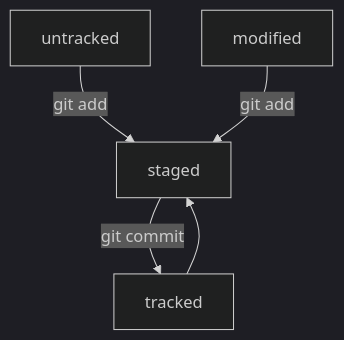
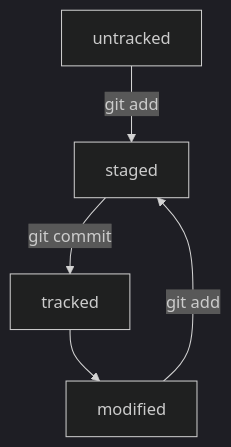
One commit to Natalijago/first-project changed the diagram in README.md. Above: the diagram before and after it, drawn with Mermaid (dark theme).

Commit message:
Исправить баг2 схемы mermaid с описанием статусов сменить связи блоков

````diff
--- a/README.md
+++ b/README.md
@@ -72,7 +72,7 @@
 ```mermaid
 flowchart TD;
 A[untracked] -- git add --> B[staged]
 C[modified] -- git add --> B
 B -- git commit --> D[tracked]
-D --> B
+D --> C
 ```
````
